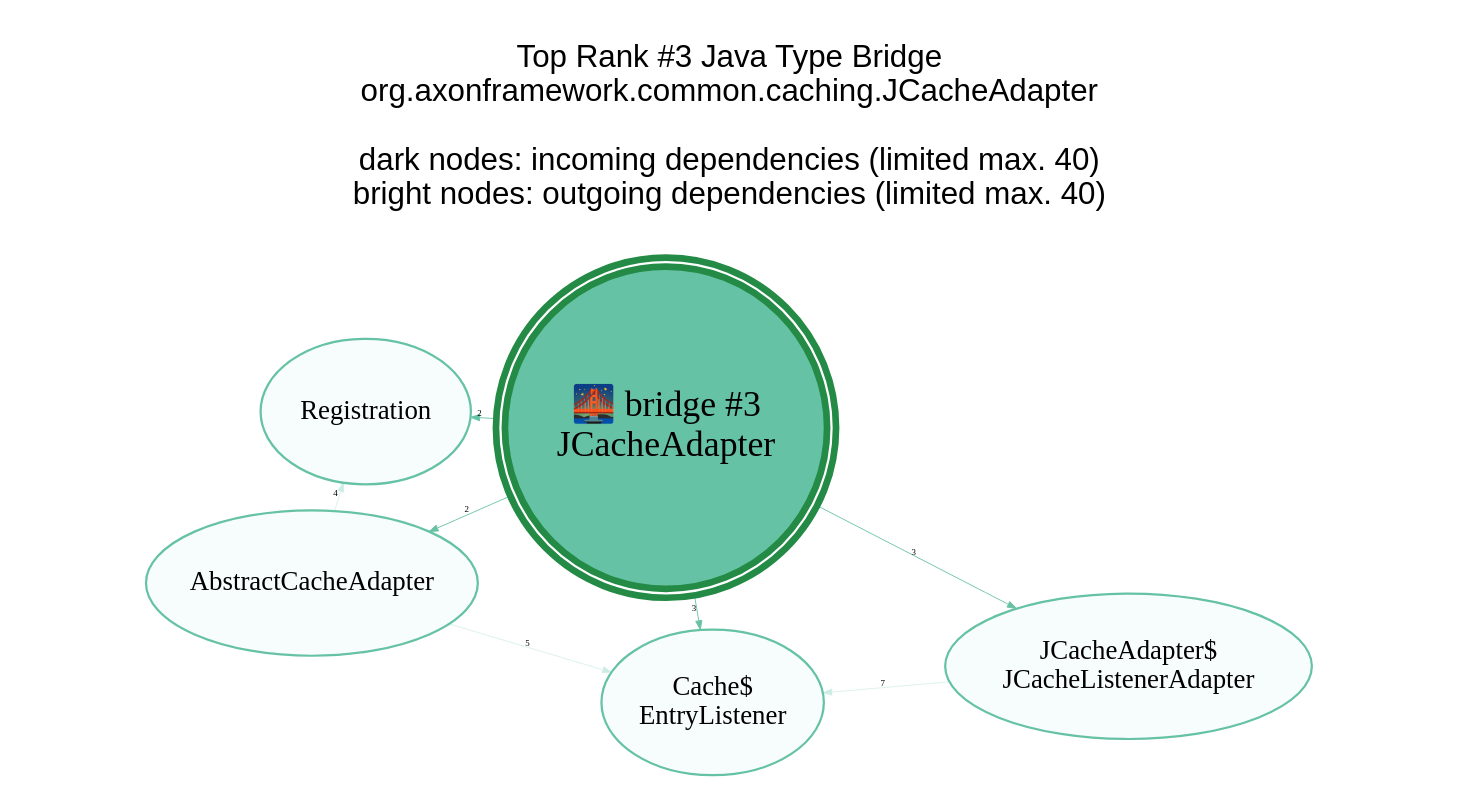
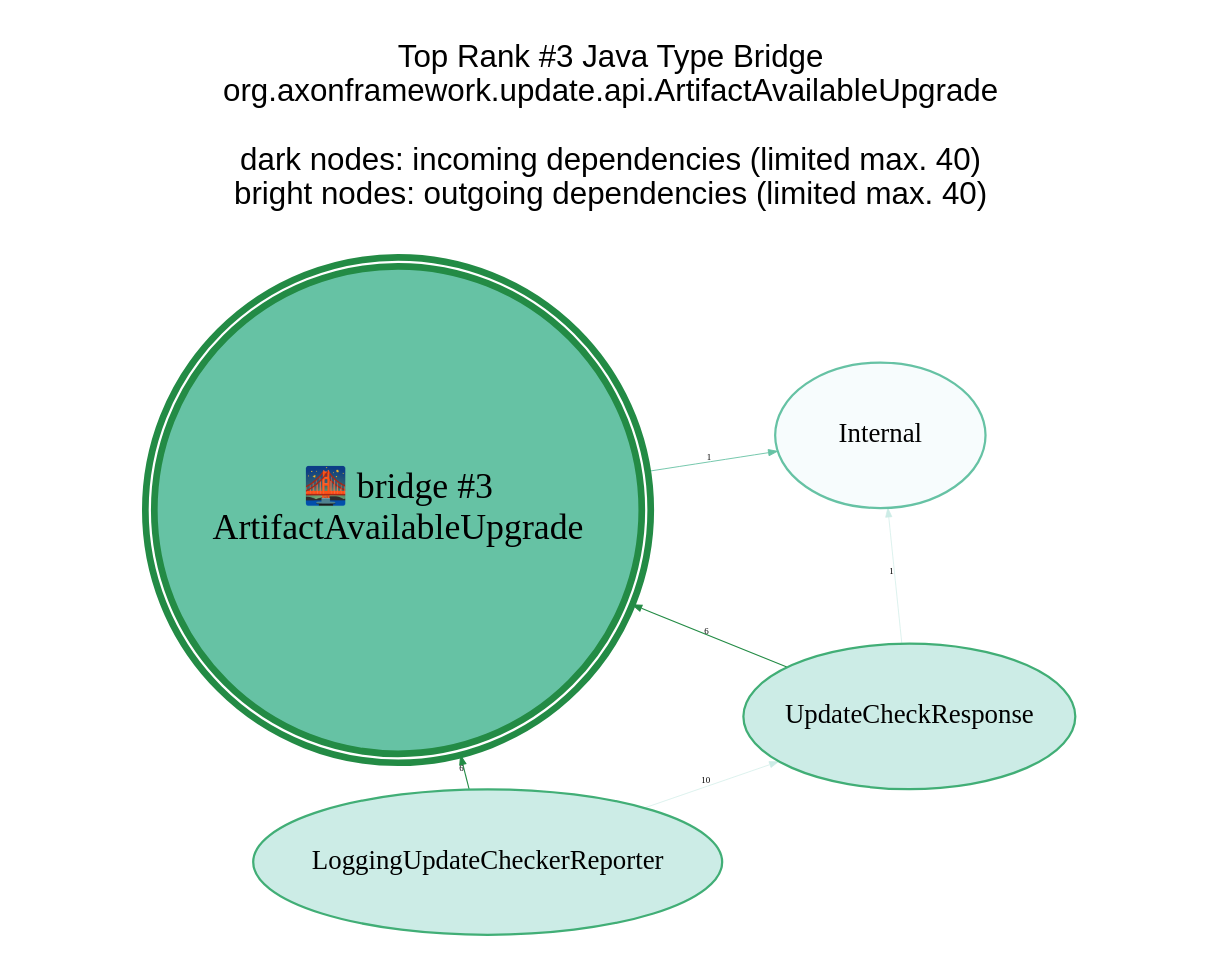
One commit to JohT/code-graph-analysis-examples changed the diagram in analysis-results/AxonFramework/latest/anomaly-detection/Java_Type/GraphVisualizations/graphviz/TopBridge3.gv. Above: the diagram before and after it, drawn with Graphviz. The commit also changed 709 other files, not shown here.

```diff
--- a/analysis-results/AxonFramework/latest/anomaly-detection/Java_Type/GraphVisualizations/graphviz/TopBridge3.gv
+++ b/analysis-results/AxonFramework/latest/anomaly-detection/Java_Type/GraphVisualizations/graphviz/TopBridge3.gv
@@ -1,24 +1,22 @@
 // This GraphViz dot file was generated by the script convertQueryResultCsvToGraphVizDotFile.sh with TopCentral.template
 
 strict digraph TopBridge3 {
     graph [layout = "fdp"; start = "7"; splines = "spline"; pad = "0.8,0.1"; outputorder = "edgesfirst";];
     graph [fontname = "Helvetica,Arial,sans-serif"; labelloc = "t";];
     node [colorscheme = "bugn9"; color = 6; fillcolor = 3;];
     edge [colorscheme = "bugn9"; color = 7;];
     node [fontsize = 12; style = "filled"; margin = "0.03,0.03"; width="1.3"; height="0.9";];
     edge [fontsize = 4; arrowsize = "0.4";];
 
     central [shape = "doublecircle"; height = "2.0"; margin = "0.000001,0.000001";];
     central [fontsize = 16;];
     central [color = 7; fillcolor = 5; penwidth = 3;];
 
-	graph   [label="Top Rank #3 Java Type Bridge\norg.axonframework.common.caching.JCacheAdapter\n\ndark nodes: incoming dependencies (limited max. 40)\nbright nodes: outgoing dependencies (limited max. 40)\n\n"];
-	central [label="🌉 bridge #3\nJCacheAdapter"];
-	"Cache$EntryListener_2092" [label = "Cache$\nEntryListener"; color = 5; fillcolor = 1; ]; central -> "Cache$EntryListener_2092" [label=3; weight=3; penwidth=0.4; color = 5];
-	"JCacheAdapter$JCacheListenerAdapter_1651" [label = "JCacheAdapter$\nJCacheListenerAdapter"; color = 5; fillcolor = 1; ]; central -> "JCacheAdapter$JCacheListenerAdapter_1651" [label=3; weight=3; penwidth=0.4; color = 5];
-	"AbstractCacheAdapter_1649" [label = "AbstractCacheAdapter"; color = 5; fillcolor = 1; ]; central -> "AbstractCacheAdapter_1649" [label=2; weight=2; penwidth=0.4; color = 5];
-	"Registration_2091" [label = "Registration"; color = 5; fillcolor = 1; ]; central -> "Registration_2091" [label=2; weight=2; penwidth=0.4; color = 5];
-	"JCacheAdapter$JCacheListenerAdapter_1651" -> "Cache$EntryListener_2092" [label=7; weight=7; penwidth=0.3; color = 3]
-	"AbstractCacheAdapter_1649" -> "Cache$EntryListener_2092" [label=5; weight=5; penwidth=0.3; color = 3]
-	"AbstractCacheAdapter_1649" -> "Registration_2091" [label=4; weight=4; penwidth=0.3; color = 3]
+	graph   [label="Top Rank #3 Java Type Bridge\norg.axonframework.update.api.ArtifactAvailableUpgrade\n\ndark nodes: incoming dependencies (limited max. 40)\nbright nodes: outgoing dependencies (limited max. 40)\n\n"];
+	central [label="🌉 bridge #3\nArtifactAvailableUpgrade"];
+	"LoggingUpdateCheckerReporter_50678" [label = "LoggingUpdateCheckerReporter"; ]; "LoggingUpdateCheckerReporter_50678" -> central [label=6; weight=6; penwidth=0.5];
+	"UpdateCheckResponse_51364" [label = "UpdateCheckResponse"; ]; "UpdateCheckResponse_51364" -> central [label=6; weight=6; penwidth=0.5];
+	"Internal_1045" [label = "Internal"; color = 5; fillcolor = 1; ]; central -> "Internal_1045" [label=1; weight=1; penwidth=0.4; color = 5];
+	"LoggingUpdateCheckerReporter_50678" -> "UpdateCheckResponse_51364" [label=10; weight=10; penwidth=0.3; color = 3]
+	"UpdateCheckResponse_51364" -> "Internal_1045" [label=1; weight=1; penwidth=0.3; color = 3]
 }
```
